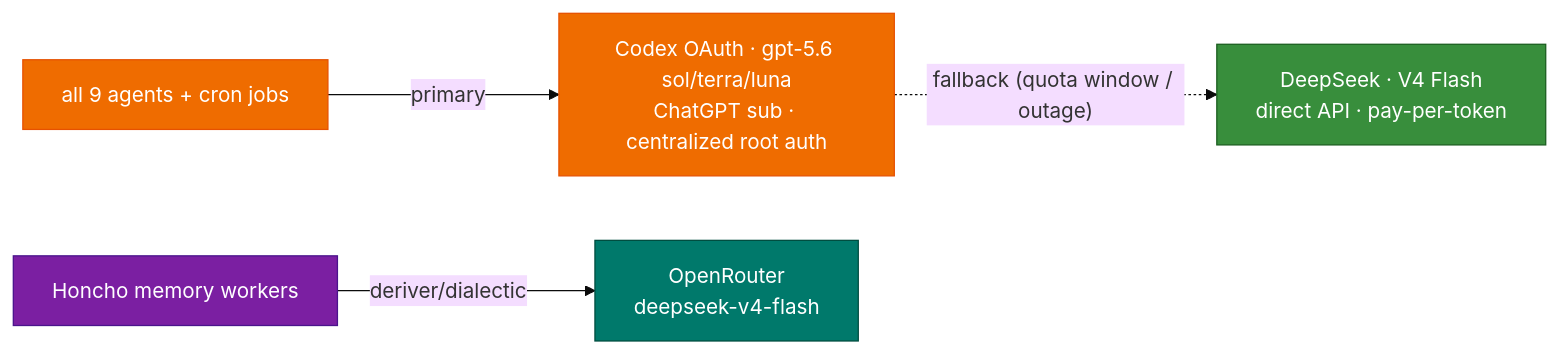
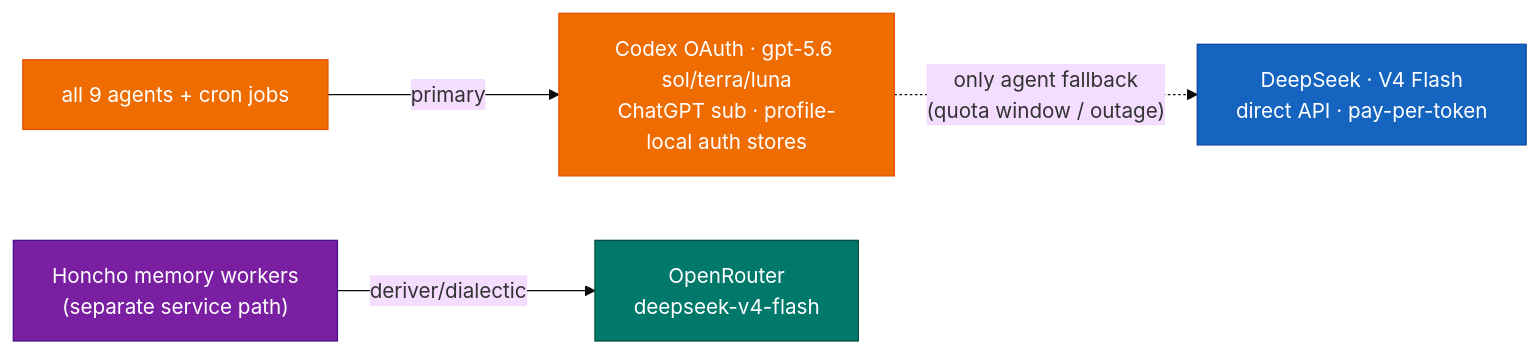
The third of 5 diagrams in README.md (mpolatcan/hermes-setup), drawn with Mermaid (base theme) before and after one commit. The commit also changed other lines of this file and 14 other files, not shown here.

````diff
--- a/README.md
+++ b/README.md
@@ -183,10 +183,10 @@
 ```mermaid
 flowchart LR
-    all9["all 9 agents + cron jobs"]:::codex -->|primary| Codex["Codex OAuth · gpt-5.6 sol/terra/luna<br/>ChatGPT sub · centralized root auth"]:::codex
-    Codex -. "fallback (quota window / outage)" .-> DeepSeek["DeepSeek · V4 Flash<br/>direct API · pay-per-token"]:::mini
-    Honcho["Honcho memory workers"]:::infra -->|deriver/dialectic| ORd["OpenRouter<br/>deepseek-v4-flash"]:::ext
+    all9["all 9 agents + cron jobs"]:::codex -->|primary| Codex["Codex OAuth · gpt-5.6 sol/terra/luna<br/>ChatGPT sub · profile-local auth stores"]:::codex
+    Codex -. "only agent fallback<br/>(quota window / outage)" .-> DeepSeek["DeepSeek · V4 Flash<br/>direct API · pay-per-token"]:::fallback
+    Honcho["Honcho memory workers<br/>(separate service path)"]:::infra -->|deriver/dialectic| ORd["OpenRouter<br/>deepseek-v4-flash"]:::ext
     classDef codex fill:#EF6C00,stroke:#E65100,color:#fff
-    classDef mini fill:#388E3C,stroke:#1B5E20,color:#fff
+    classDef fallback fill:#1565C0,stroke:#0D47A1,color:#fff
     classDef ext fill:#00796B,stroke:#004D40,color:#fff
     classDef infra fill:#7B1FA2,stroke:#4A148C,color:#fff
 ```
````
